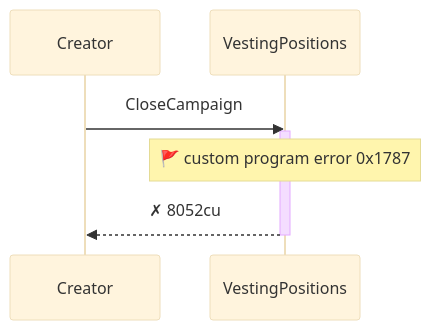
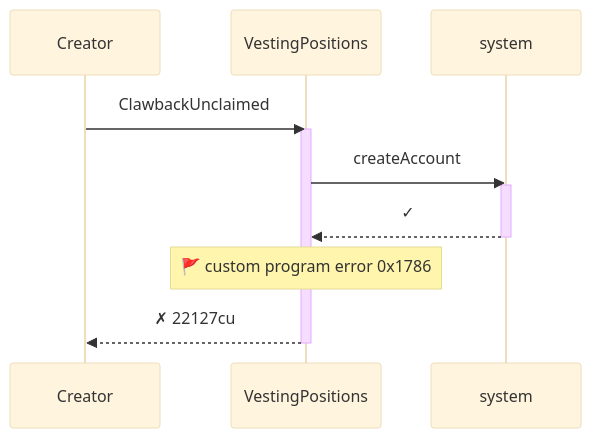
One commit to cds-turbin3/vesting-position changed the first of 3 diagrams in babelfish-tests/test-report/clawback_unclaimed_before_grace_fails.md. Above: the diagram before and after it, drawn with Mermaid (base theme). The commit also changed other lines of this file and 50 other files, not shown here.

````diff
--- a/babelfish-tests/test-report/clawback_unclaimed_before_grace_fails.md
+++ b/babelfish-tests/test-report/clawback_unclaimed_before_grace_fails.md
@@ -5,10 +5,15 @@
 ```mermaid
 sequenceDiagram
     participant p0 as Creator
     participant p1 as VestingPositions
-    p0->>p1: CloseCampaign
+    participant p2 as system
+    p0->>p1: ClawbackUnclaimed
     activate p1
-    note over p1: 🚩 custom program error  0x1787
-    p1-->>p0: ✗ 8052cu
+    p1->>p2: createAccount
+    activate p2
+    p2-->>p1: ✓
+    deactivate p2
+    note over p1: 🚩 custom program error  0x1786
+    p1-->>p0: ✗ 22127cu
     deactivate p1
 ```
````
